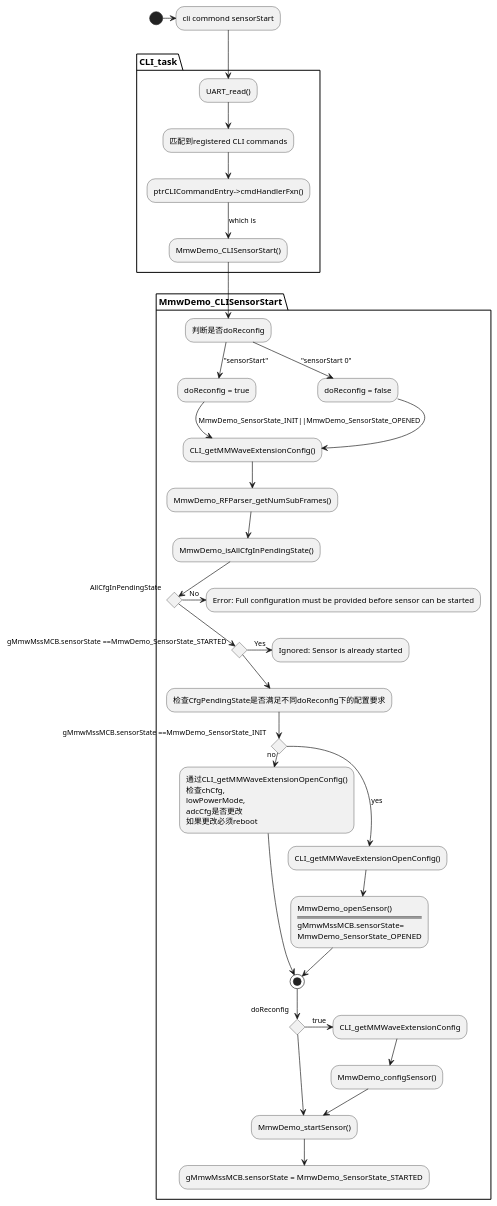
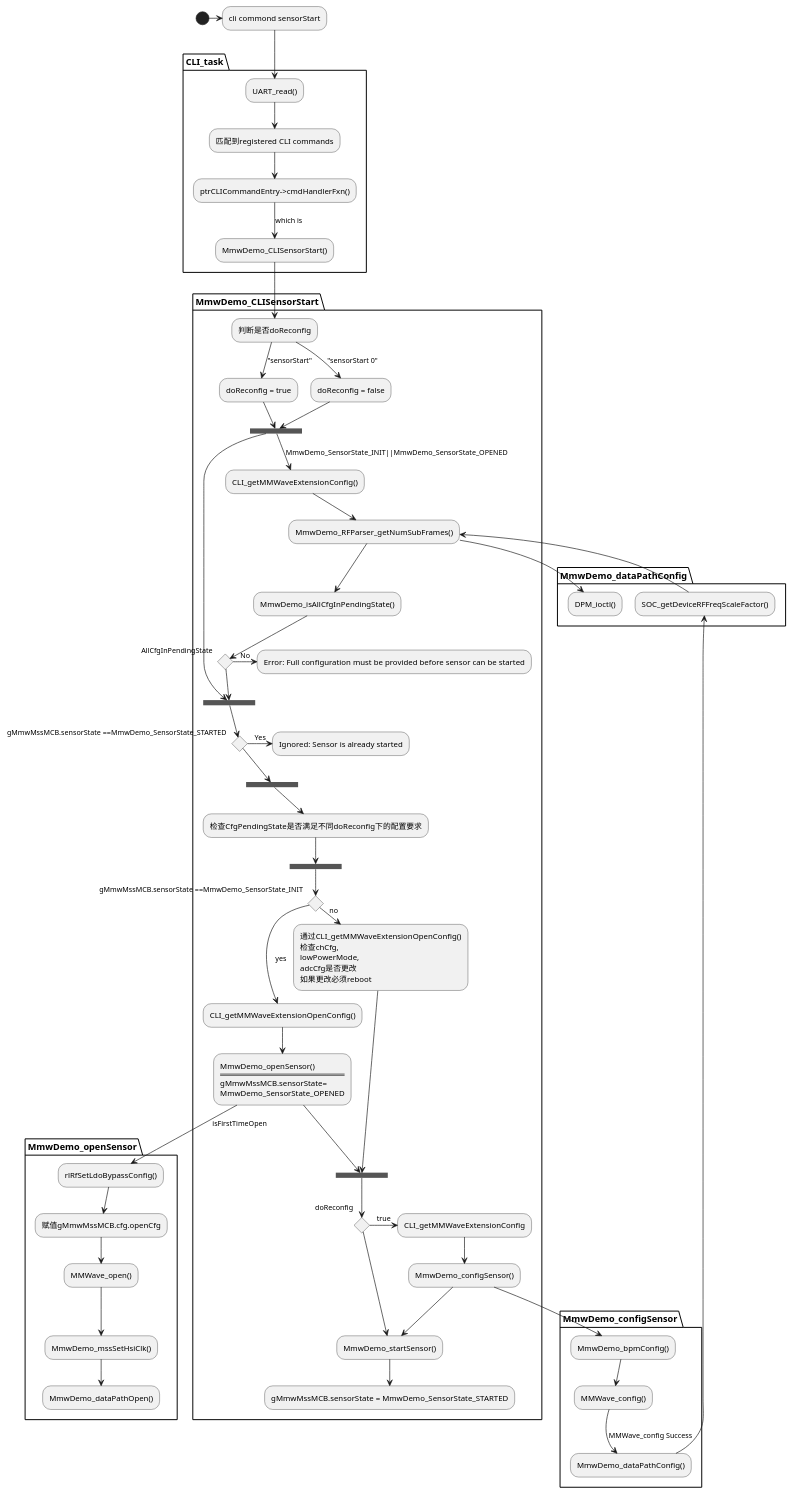
Before and after one commit to Mr-Bulijiojio/NotesTIproject: the third of 3 diagrams in whengetCLIcmd.plantuml, drawn with PlantUML.

```diff
--- a/whengetCLIcmd.plantuml
+++ b/whengetCLIcmd.plantuml
@@ -85,61 +85,89 @@
 @startuml sensorStartCfgCLIcommond
- 
-
     (*)->"cli commond sensorStart"
 
     partition "CLI_task"
         --> UART_read()
         --> "匹配到registered CLI commands"
         --> ptrCLICommandEntry->cmdHandlerFxn()
         -->[which is]MmwDemo_CLISensorStart()
     end partition
 
     partition "MmwDemo_CLISensorStart"
         "MmwDemo_CLISensorStart()" --> 判断是否doReconfig
         "判断是否doReconfig"-->["sensorStart"] "doReconfig = true"
         "判断是否doReconfig"-->["sensorStart 0"] "doReconfig = false"
 
-        "doReconfig = false"-->CLI_getMMWaveExtensionConfig()
-        "doReconfig = true"-->[MmwDemo_SensorState_INIT||MmwDemo_SensorState_OPENED]CLI_getMMWaveExtensionConfig()
+        "doReconfig = false"-->==S1==
+        "doReconfig = true"-->==S1==
+
+        ==S1== -->[MmwDemo_SensorState_INIT||MmwDemo_SensorState_OPENED]CLI_getMMWaveExtensionConfig()
         -->MmwDemo_RFParser_getNumSubFrames()
         -->MmwDemo_isAllCfgInPendingState()
         if "AllCfgInPendingState" then
             ->[No] Error: Full configuration must be provided before sensor can be started
         else 
-            if "gMmwMssMCB.sensorState ==MmwDemo_SensorState_STARTED" then
-                ->[Yes] Ignored: Sensor is already started
-            else
+            -->==S2==
+        endif
 
-            endif
+        if "gMmwMssMCB.sensorState ==MmwDemo_SensorState_STARTED" then
+            ->[Yes] Ignored: Sensor is already started
+        else
+            -->==S3==
         endif
 
         -->"检查CfgPendingState是否满足不同doReconfig下的配置要求"
+
+        --> ==S4==
         
         if "gMmwMssMCB.sensorState ==MmwDemo_SensorState_INIT" 
             ->[no]"
             通过CLI_getMMWaveExtensionOpenConfig()
             检查chCfg, 
             lowPowerMode, 
             adcCfg是否更改
             如果更改必须reboot" as A1
 
         else
             -->[yes]CLI_getMMWaveExtensionOpenConfig()
             -->"MmwDemo_openSensor()
                 ====
                 gMmwMssMCB.sensorState= 
                 MmwDemo_SensorState_OPENED" as A2
         endif
-        
-        A1 -->(*)
-        A2 -->(*)
+
+        A1 -->==S5==
+        A2 -->==S5==
+
         if "doReconfig" 
             ->[true]CLI_getMMWaveExtensionConfig
             -->MmwDemo_configSensor()
             -->MmwDemo_startSensor()
         else
             -->MmwDemo_startSensor()
         endif
         -->"gMmwMssMCB.sensorState = MmwDemo_SensorState_STARTED"
+
+        ==S1== --> ==S2==
+    end partition
+
+    partition MmwDemo_openSensor
+        A2 --> [isFirstTimeOpen]rlRfSetLdoBypassConfig()
+        --> 赋值gMmwMssMCB.cfg.openCfg
+        --> MMWave_open()
+        --> MmwDemo_mssSetHsiClk()
+        --> MmwDemo_dataPathOpen()
+    end partition
+
+    partition MmwDemo_configSensor
+        "MmwDemo_configSensor()"-->MmwDemo_bpmConfig()
+        -->MMWave_config()
+        -->[MMWave_config Success]MmwDemo_dataPathConfig()
+    end partition
+
+    partition MmwDemo_dataPathConfig
+        "MmwDemo_dataPathConfig()"-->SOC_getDeviceRFFreqScaleFactor()
+        -->MmwDemo_RFParser_getNumSubFrames()
+        -->DPM_ioctl()
+        
     end partition
 @enduml
```
